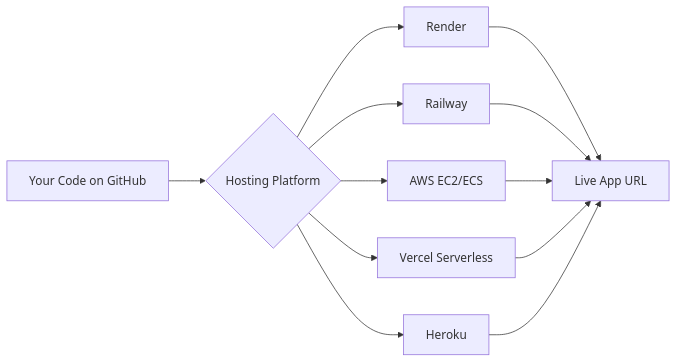
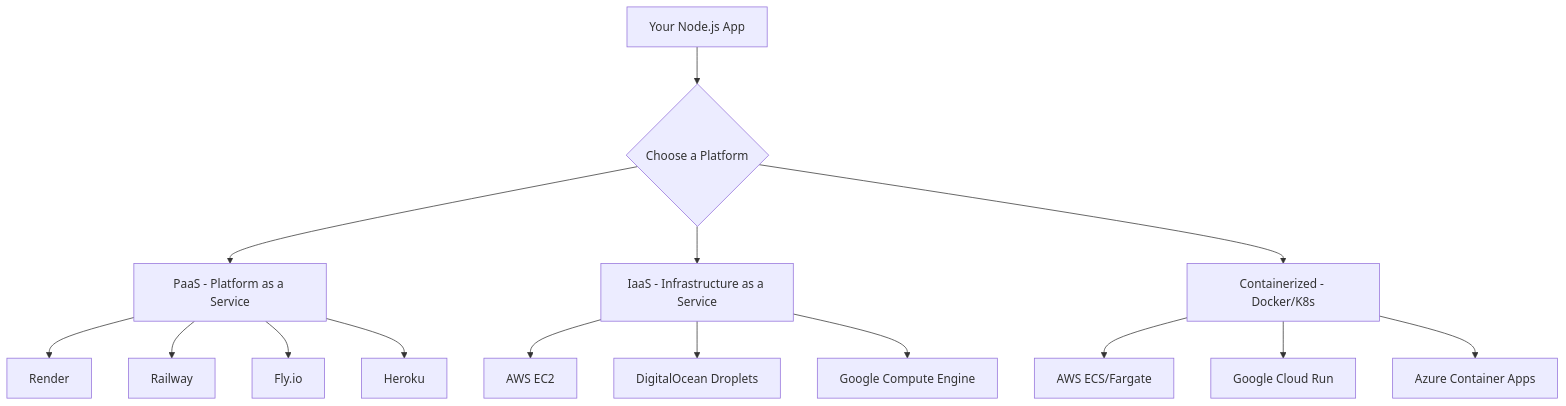
The first of 3 diagrams in 08-deployment/01-hosting-nodejs-apps.md (vikasthakurr/FullStack-WebDev-Notes), drawn with Mermaid before and after one commit. The commit also changed other lines of this file and 57 other files, not shown here.

````diff
--- a/08-deployment/01-hosting-nodejs-apps.md
+++ b/08-deployment/01-hosting-nodejs-apps.md
@@ -9,14 +11,17 @@
 ```mermaid
-graph LR
-    A[Your Code on GitHub] --> B{Hosting Platform}
-    B --> C[Render]
-    B --> D[Railway]
-    B --> E[AWS EC2/ECS]
-    B --> F[Vercel Serverless]
-    B --> G[Heroku]
-    C --> H[Live App URL]
-    D --> H
-    E --> H
-    F --> H
-    G --> H
+flowchart TD
+    A[Your Node.js App] --> B{Choose a Platform}
+    B --> C[PaaS - Platform as a Service]
+    B --> D[IaaS - Infrastructure as a Service]
+    B --> E[Containerized - Docker/K8s]
+    C --> C1[Render]
+    C --> C2[Railway]
+    C --> C3[Fly.io]
+    C --> C4[Heroku]
+    D --> D1[AWS EC2]
+    D --> D2[DigitalOcean Droplets]
+    D --> D3[Google Compute Engine]
+    E --> E1[AWS ECS/Fargate]
+    E --> E2[Google Cloud Run]
+    E --> E3[Azure Container Apps]
 ```
````
